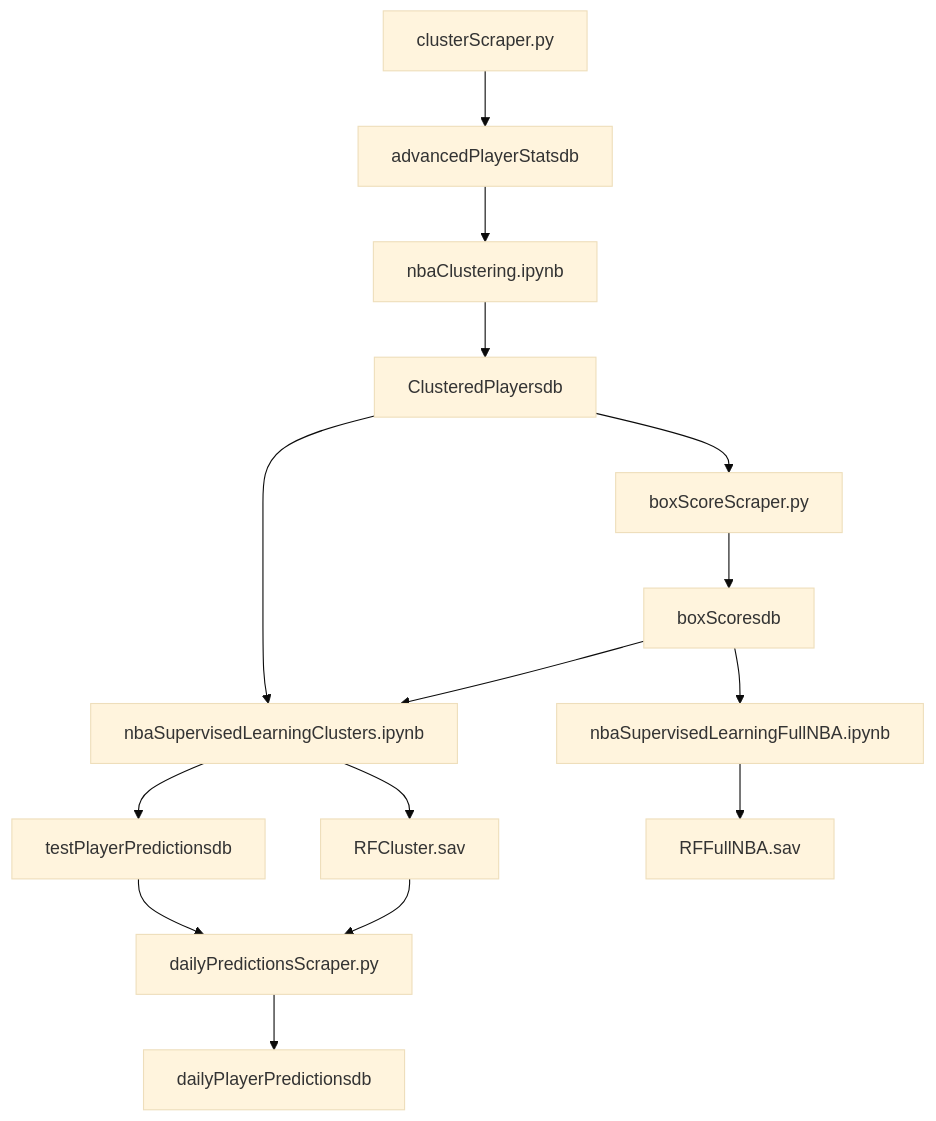
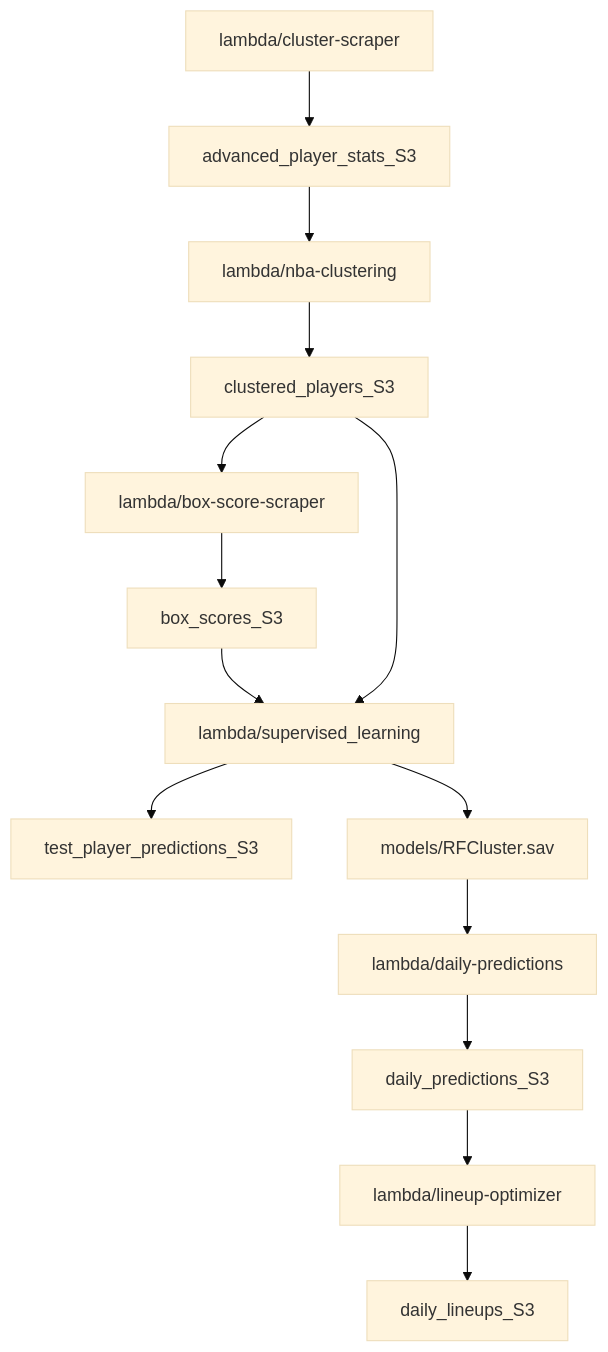
One commit to ibracken/NBA_Machine_Learning changed the diagram in README.md. Above: the diagram before and after it, drawn with Mermaid (base theme). The commit also changed other lines of this file and 17 other files, not shown here.

````diff
--- a/README.md
+++ b/README.md
@@ -98,18 +101,17 @@
 ```mermaid
 graph TD;
-    clusterScraper.py-->advancedPlayerStatsdb;
-    boxScoreScraper.py-->boxScoresdb;
-    advancedPlayerStatsdb-->nbaClustering.ipynb;
-    nbaClustering.ipynb-->ClusteredPlayersdb;
-    boxScoresdb-->nbaSupervisedLearningFullNBA.ipynb;
-    boxScoresdb-->nbaSupervisedLearningClusters.ipynb;
-    ClusteredPlayersdb-->nbaSupervisedLearningClusters.ipynb;
-    nbaSupervisedLearningClusters.ipynb-->testPlayerPredictionsdb;
-    nbaSupervisedLearningClusters.ipynb-->RFCluster.sav;
-    nbaSupervisedLearningFullNBA.ipynb-->RFFullNBA.sav;
-    RFCluster.sav-->dailyPredictionsScraper.py;
-    testPlayerPredictionsdb-->dailyPredictionsScraper.py;
-    ClusteredPlayersdb-->boxScoreScraper.py;
-    dailyPredictionsScraper.py-->dailyPlayerPredictionsdb;
+    lambda/cluster-scraper-->advanced_player_stats_S3;
+    lambda/box-score-scraper-->box_scores_S3;
+    advanced_player_stats_S3-->lambda/nba-clustering;
+    lambda/nba-clustering-->clustered_players_S3;
+    box_scores_S3-->lambda/supervised_learning;
+    clustered_players_S3-->lambda/supervised_learning;
+    lambda/supervised_learning-->test_player_predictions_S3;
+    lambda/supervised_learning-->models/RFCluster.sav;
+    models/RFCluster.sav-->lambda/daily-predictions;
+    clustered_players_S3-->lambda/box-score-scraper;
+    lambda/daily-predictions-->daily_predictions_S3;
+    daily_predictions_S3-->lambda/lineup-optimizer;
+    lambda/lineup-optimizer-->daily_lineups_S3;
 
 ```
````
